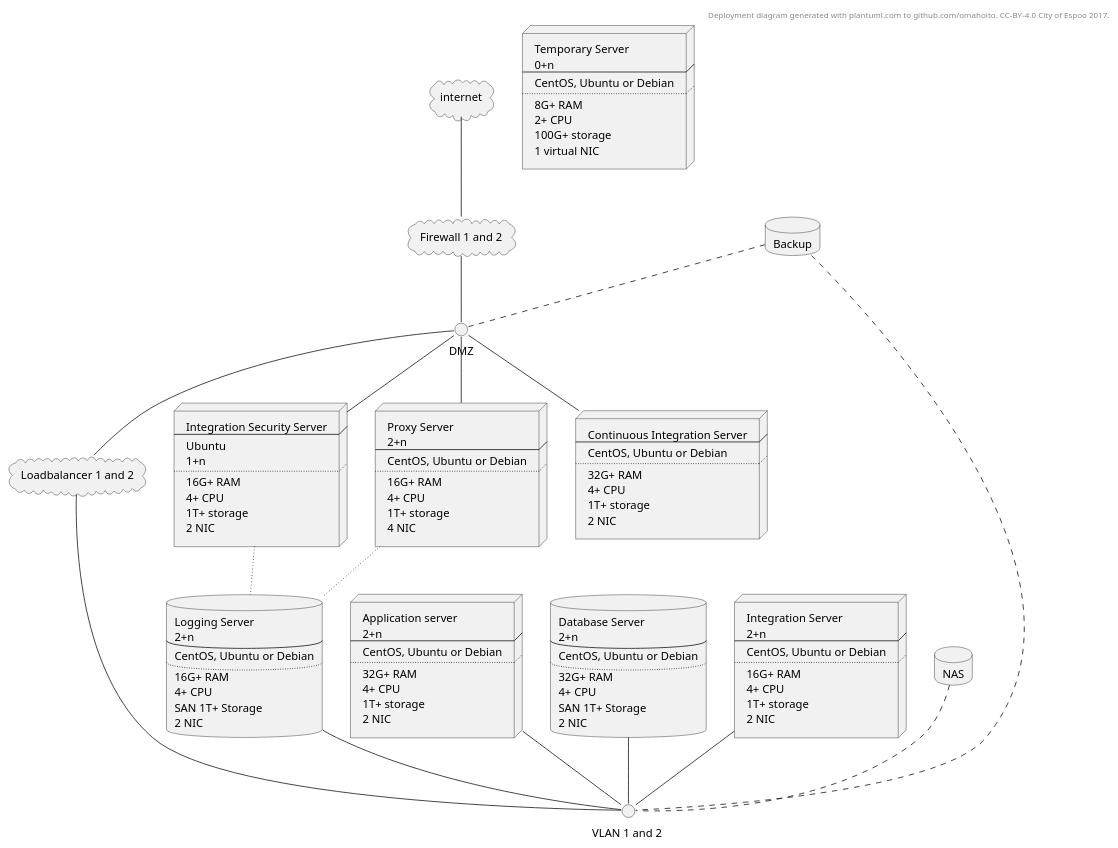
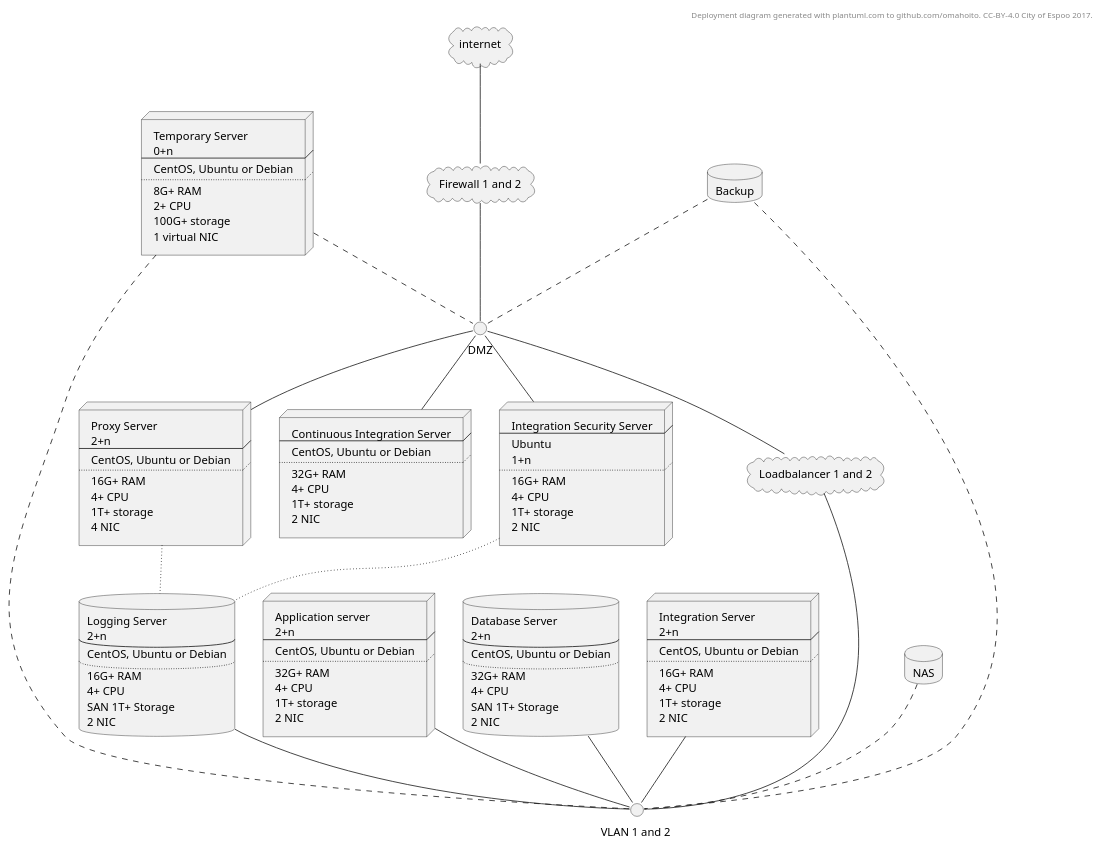
The diagram in deployment.MD (ruoat/definitions), drawn with PlantUML before and after one commit.

```diff
--- a/deployment.MD
+++ b/deployment.MD
@@ -121,5 +121,7 @@
 nodeas1 -- VLAN1
 Backup .. VLAN1
 Backup .. DMZ
+nodevm .. VLAN1
+nodevm .. DMZ
 NAS .. VLAN1
 @enduml
```
